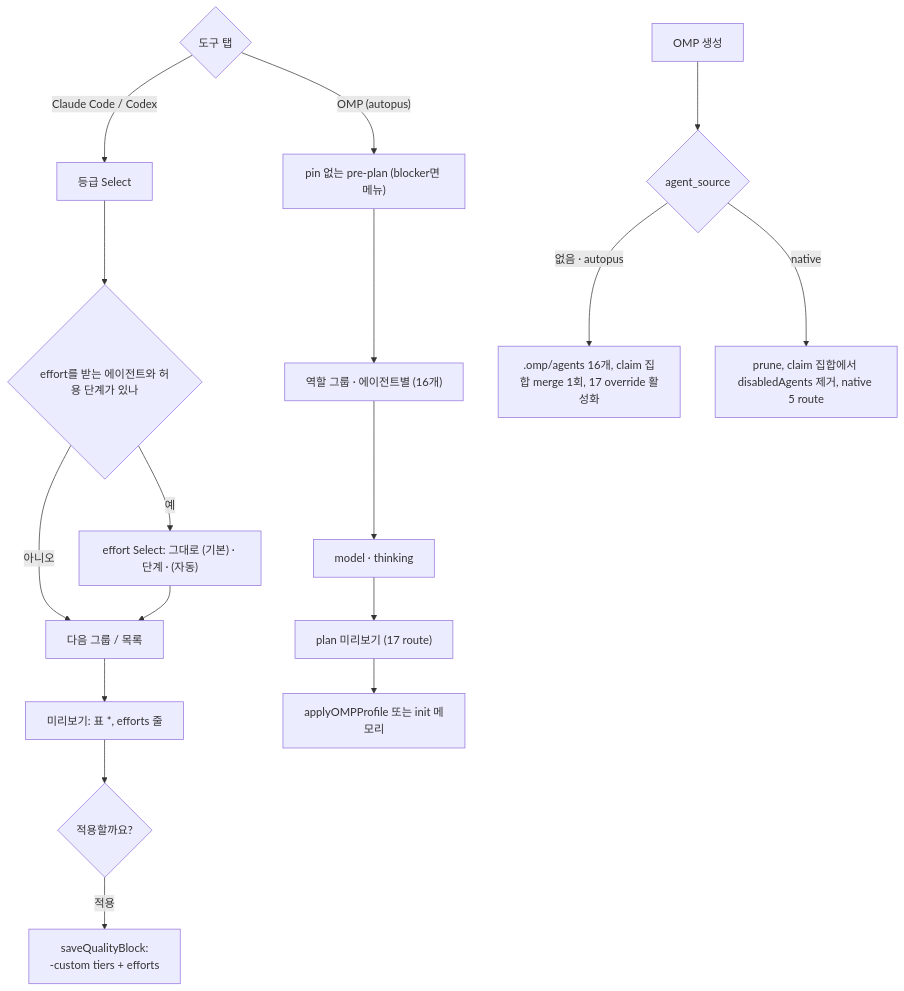
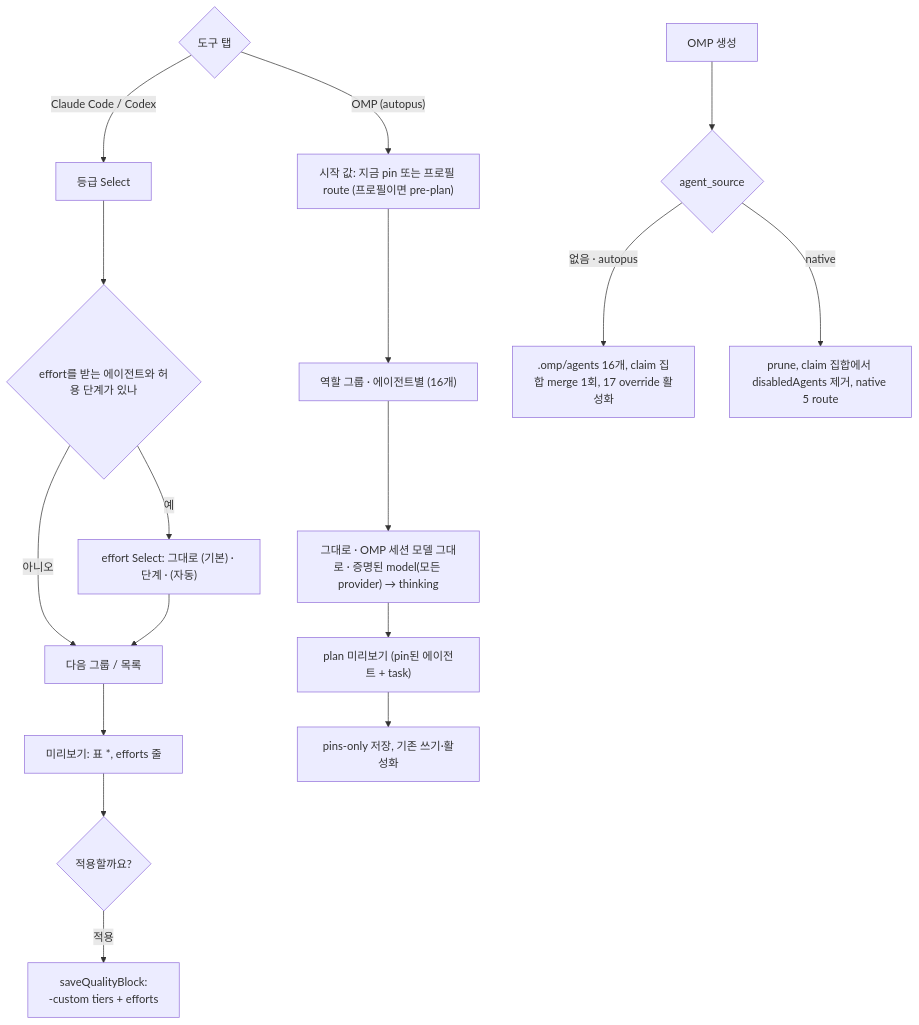
The diagram in .autopus/specs/SPEC-MODELUX-003/plan.md (autopus-ai/autopus-adk), drawn with Mermaid before and after one commit. The commit also changed other lines of this file and 5 other files, not shown here.

First line of the commit message:
docs(spec): SPEC-MODELUX-003 OMP 탭을 멀티 provider 자유 선택으로 개정한다

````diff
--- a/.autopus/specs/SPEC-MODELUX-003/plan.md
+++ b/.autopus/specs/SPEC-MODELUX-003/plan.md
@@ -33,14 +35,14 @@
 ```mermaid
 flowchart TD
   TAB{"도구 탭"} -->|"Claude Code / Codex"| TIER["등급 Select"]
   TIER --> EOK{"effort를 받는 에이전트와 허용 단계가 있나"}
   EOK -->|"아니오"| NEXT["다음 그룹 / 목록"]
   EOK -->|"예"| EFF["effort Select: 그대로 (기본) · 단계 · (자동)"]
   EFF --> NEXT --> PV["미리보기: 표 *, efforts 줄"] --> OK{"적용할까요?"}
   OK -->|"적용"| W["saveQualityBlock: <p>-custom tiers + efforts"]
-  TAB -->|"OMP (autopus)"| PRE["pin 없는 pre-plan (blocker면 메뉴)"]
-  PRE --> OG["역할 그룹 · 에이전트별 (16개)"] --> OM["model · thinking"] --> OP["plan 미리보기 (17 route)"] --> OA["applyOMPProfile 또는 init 메모리"]
+  TAB -->|"OMP (autopus)"| PRE["시작 값: 지금 pin 또는 프로필 route (프로필이면 pre-plan)"]
+  PRE --> OG["역할 그룹 · 에이전트별 (16개)"] --> OM["그대로 · OMP 세션 모델 그대로 · 증명된 model(모든 provider) → thinking"] --> OP["plan 미리보기 (pin된 에이전트 + task)"] --> OA["pins-only 저장, 기존 쓰기·활성화"]
   UPD["OMP 생성"] --> SRC{"agent_source"}
   SRC -->|"없음 · autopus"| GEN[".omp/agents 16개, claim 집합 merge 1회, 17 override 활성화"]
   SRC -->|"native"| NAT["prune, claim 집합에서 disabledAgents 제거, native 5 route"]
 ```
````
